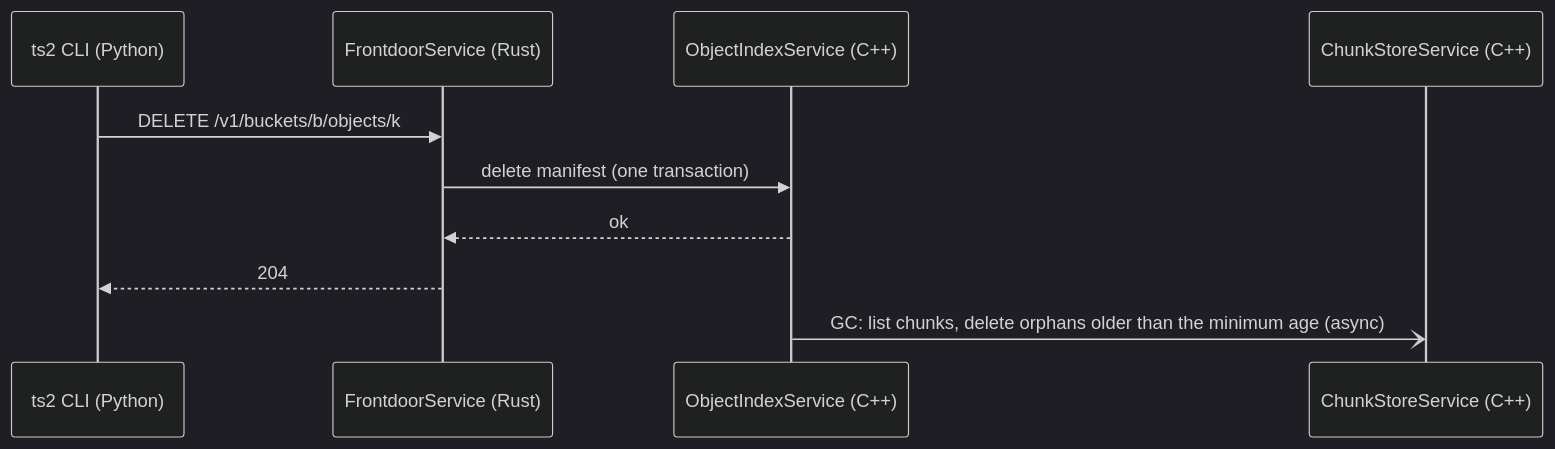
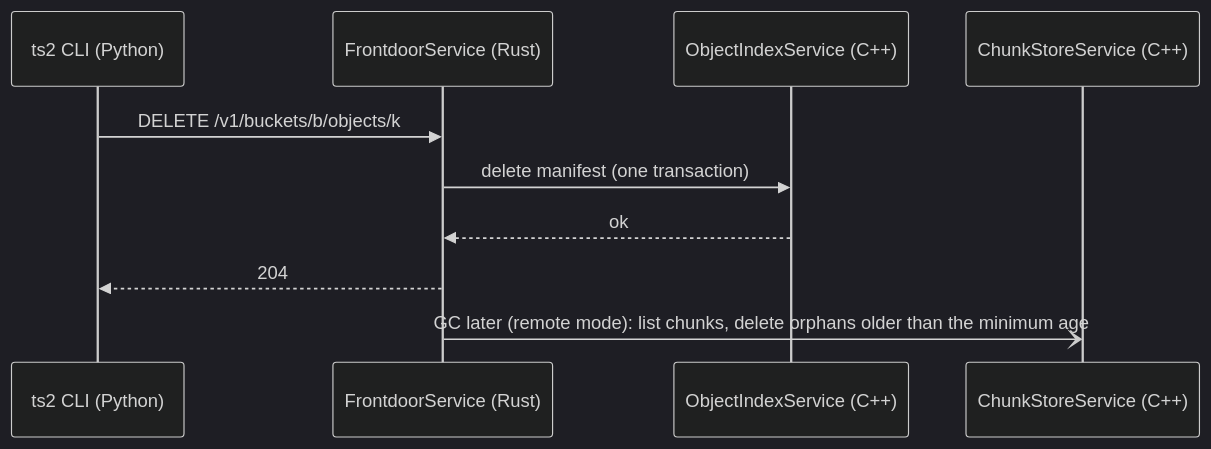
One commit to pratikSethi/toy-storage-service changed the sixth of 7 diagrams in docs/design/000-system-overview.md. Above: the diagram before and after it, drawn with Mermaid (dark theme). The commit also changed other lines of this file and 24 other files, not shown here.

````diff
--- a/docs/design/000-system-overview.md
+++ b/docs/design/000-system-overview.md
@@ -183,12 +202,12 @@
 ```mermaid
 sequenceDiagram
   participant C as ts2 CLI (Python)
   participant G as FrontdoorService (Rust)
   participant M as ObjectIndexService (C++)
   participant N as ChunkStoreService (C++)
   C->>G: DELETE /v1/buckets/b/objects/k
   G->>M: delete manifest (one transaction)
   M-->>G: ok
   G-->>C: 204
-  M-)N: GC: list chunks, delete orphans older than the minimum age (async)
+  G-)N: GC later (remote mode): list chunks, delete orphans older than the minimum age
 ```
````
